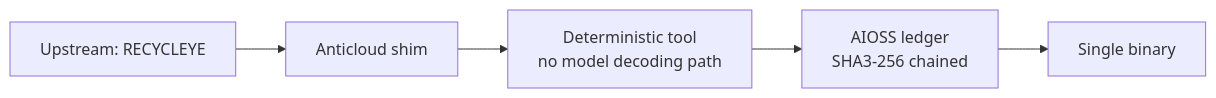
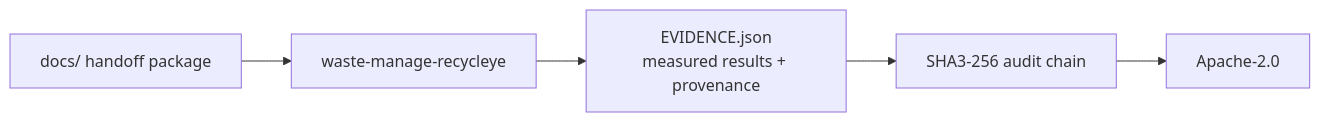
Before and after one commit to the-anticloud/waste-manage-recycleye: the diagram in README.md, drawn with Mermaid. The commit also changed other lines of this file and 8 other files, not shown here.

````diff
--- a/README.md
+++ b/README.md
@@ -11,7 +22,7 @@
 ```mermaid
 graph LR
-    U[Upstream: RECYCLEYE] --> S[Anticloud shim]
-    S --> T[Deterministic tool<br/>no model decoding path]
-    T --> A[AIOSS ledger<br/>SHA3-256 chained]
-    A --> B[Single binary]
+    D[docs/ handoff package] --> R[waste-manage-recycleye]
+    R --> E[EVIDENCE.json\nmeasured results + provenance]
+    E --> A[SHA3-256 audit chain]
+    A --> L[Apache-2.0]
 ```
````
